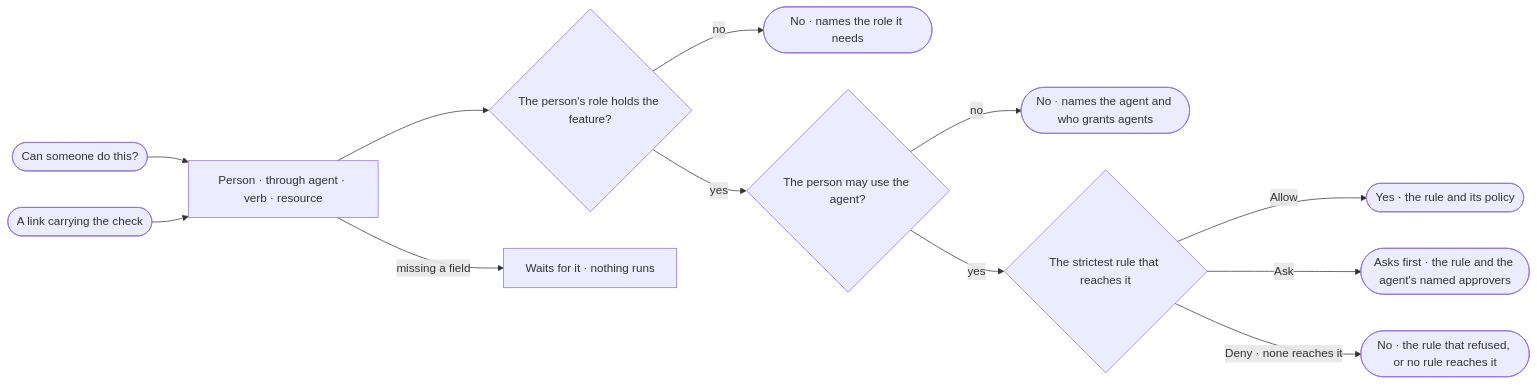
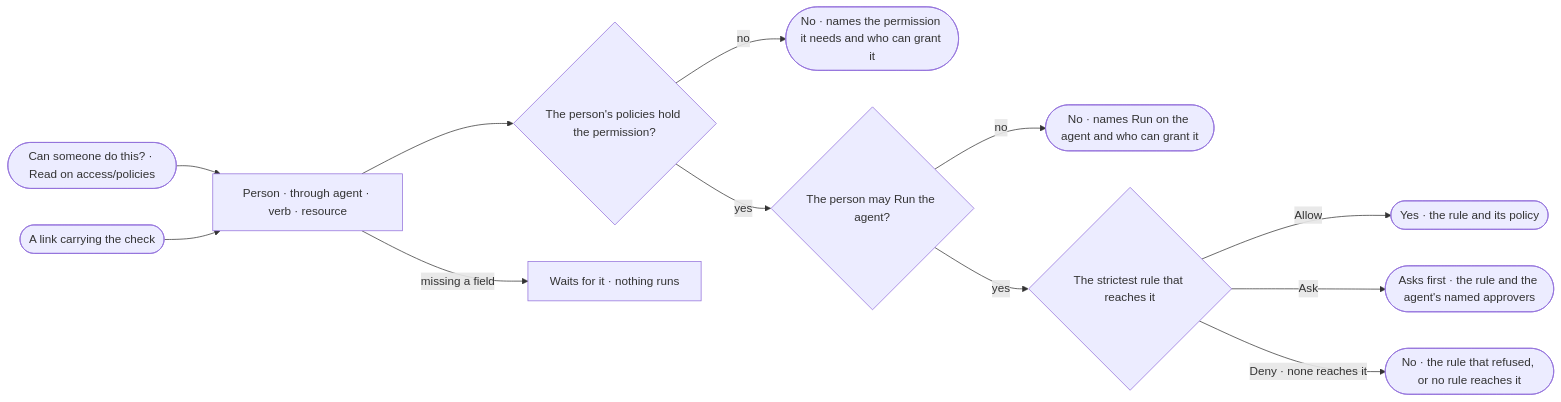
Before and after one commit to invana/invana: the diagram in specs/os/access/features/AC-F02-access-policies/stories/AC-08-check-whether-someone-can-do-something/story.md, drawn with Mermaid. The commit also changed other lines of this file and 47 other files, not shown here.

First line of the commit message:
docs(specs): harden v1 access hiding and drop role wording

````diff
--- a/specs/os/access/features/AC-F02-access-policies/stories/AC-08-check-whether-someone-can-do-something/story.md
+++ b/specs/os/access/features/AC-F02-access-policies/stories/AC-08-check-whether-someone-can-do-something/story.md
@@ -26,14 +26,14 @@
 ```mermaid
 flowchart LR
-  s([Can someone do this?]) --> f["Person · through agent · verb · resource"]
-  f --> r{"The person's role holds the feature?"}
-  r -->|no| nr(["No · names the role it needs"])
-  r -->|yes| u{"The person may use the agent?"}
-  u -->|no| nu(["No · names the agent and who grants agents"])
+  s([Can someone do this? · Read on access/policies]) --> f["Person · through agent · verb · resource"]
+  f --> r{"The person's policies hold the permission?"}
+  r -->|no| nr(["No · names the permission it needs and who can grant it"])
+  r -->|yes| u{"The person may Run the agent?"}
+  u -->|no| nu(["No · names Run on the agent and who can grant it"])
   u -->|yes| c{"The strictest rule that reaches it"}
   c -->|Allow| y(["Yes · the rule and its policy"])
   c -->|Ask| a(["Asks first · the rule and the agent's named approvers"])
   c -->|Deny · none reaches it| n(["No · the rule that refused, or no rule reaches it"])
   f -->|missing a field| w["Waits for it · nothing runs"]
   l([A link carrying the check]) --> f
 ```
````
